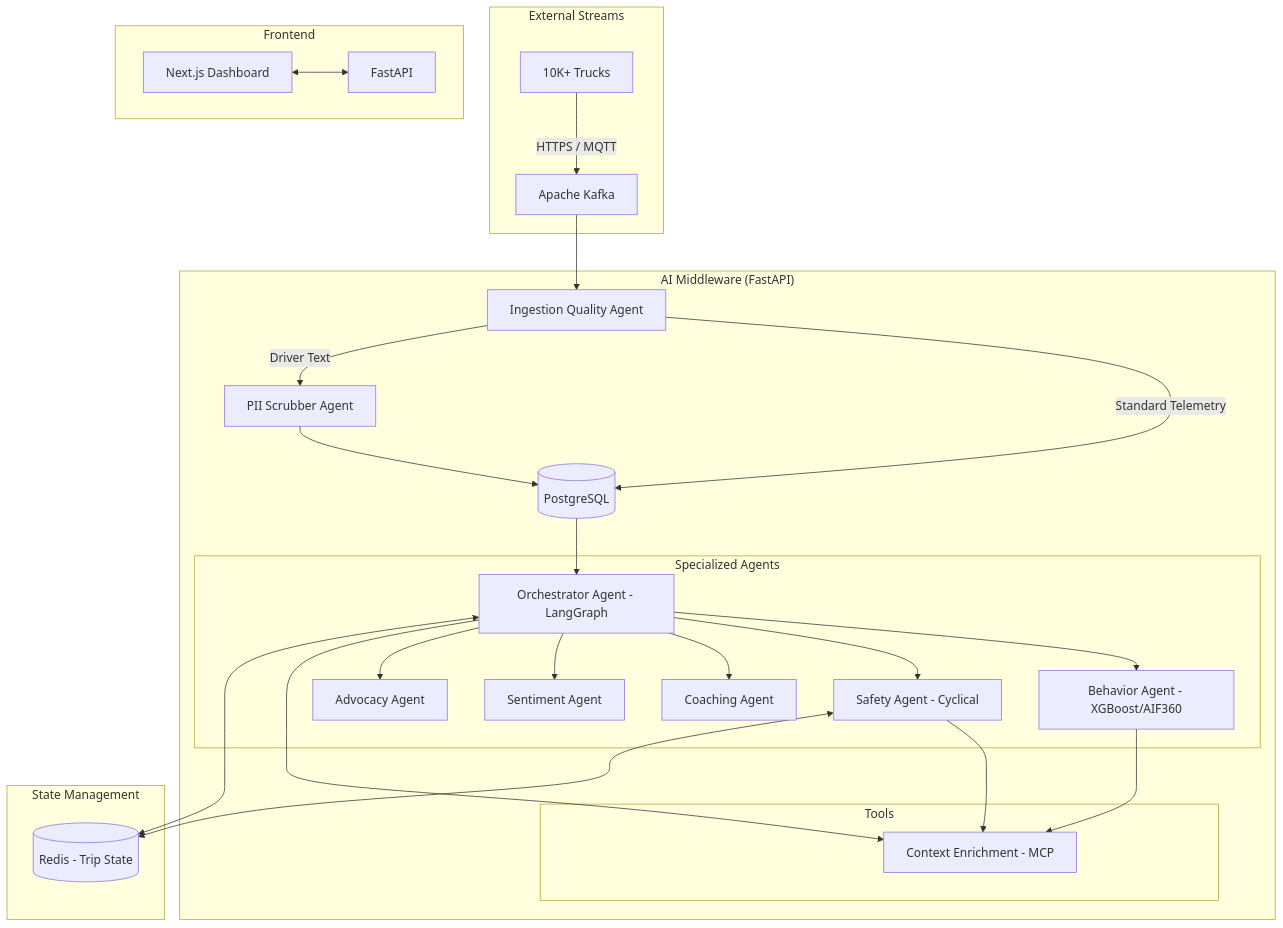
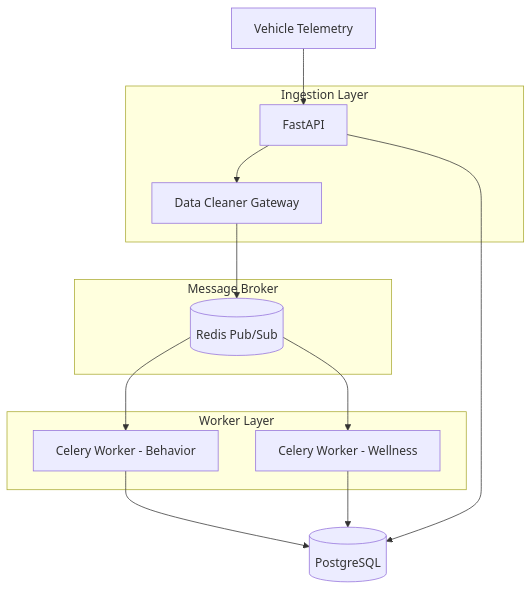
The first of 2 diagrams in docs/01-project-documents/03-project-report.md (tracedata-ai/tracedata-ai-monorepo), drawn with Mermaid before and after one commit. The commit also changed other lines of this file and 3 other files, not shown here.

````diff
--- a/docs/01-project-documents/03-project-report.md
+++ b/docs/01-project-documents/03-project-report.md
@@ -457,35 +425,27 @@
 ```mermaid
 graph TD
-    subgraph "External Streams"
-        T[10K+ Trucks] -- "HTTPS / MQTT" --> K[Apache Kafka]
+    subgraph Ingestion["Ingestion Layer"]
+        API[FastAPI]
+        Gateway[Data Cleaner Gateway]
     end
 
-    subgraph "AI Middleware (FastAPI)"
-        K --> I[Ingestion Quality Agent]
-        I -- "Standard Telemetry" --> DB[(PostgreSQL)]
-        I -- "Driver Text" --> PII[PII Scrubber Agent]
-        PII --> DB
-        
-        DB --> O[Orchestrator Agent - LangGraph]
-        
-        subgraph "Specialized Agents"
-            O --> B[Behavior Agent - XGBoost/AIF360]
-            O --> S[Safety Agent - Cyclical]
-            O --> C[Coaching Agent]
-            O --> SA[Sentiment Agent]
-            O --> AD[Advocacy Agent]
-        end
-        
-        subgraph "Tools"
-            B & S & O --> EN[Context Enrichment - MCP]
-        end
+    subgraph Broker["Message Broker"]
+        Redis[(Redis Pub/Sub)]
     end
 
-    subgraph "State Management"
-        O & S <--> R[(Redis - Trip State)]
+    subgraph Workers["Worker Layer"]
+        WorkerB[Celery Worker - Behavior]
+        WorkerW[Celery Worker - Wellness]
     end
 
-    subgraph "Frontend"
-        FE[Next.js Dashboard] <--> FastAPI
-    end
+    DB[(PostgreSQL)]
+
+    Vehicle[Vehicle Telemetry] --> API
+    API --> Gateway
+    Gateway --> Redis
+    Redis --> WorkerB
+    Redis --> WorkerW
+    WorkerB --> DB
+    WorkerW --> DB
+    API --> DB
 ```
````
